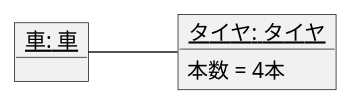
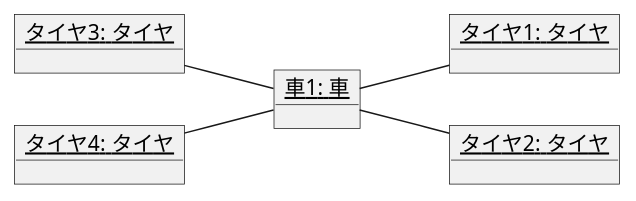
Before and after one commit to Takhshi/uml-introduction: the diagram in 演習3-4_オブジェクト図.pu, drawn with PlantUML. The commit also changed 3 other files, not shown here.

```diff
--- a/演習3-4_オブジェクト図.pu
+++ b/演習3-4_オブジェクト図.pu
@@ -1,9 +1,17 @@
 @startuml オブジェクト図
 left to right direction
-object "<u>車: 車</u>" as car {
+object "<u>車1: 車</u>" as car {
 }
-object "<u>タイヤ: タイヤ</u>" as tire {
-本数 = 4本
+object "<u>タイヤ1: タイヤ</u>" as tire1 {
 }
-car -- tire
+object "<u>タイヤ2: タイヤ</u>" as tire2 {
+}
+object "<u>タイヤ3: タイヤ</u>" as tire3 {
+}
+object "<u>タイヤ4: タイヤ</u>" as tire4 {
+}
+car -- tire1
+car -- tire2
+tire3 -- car
+tire4 -- car
 @enduml
```
